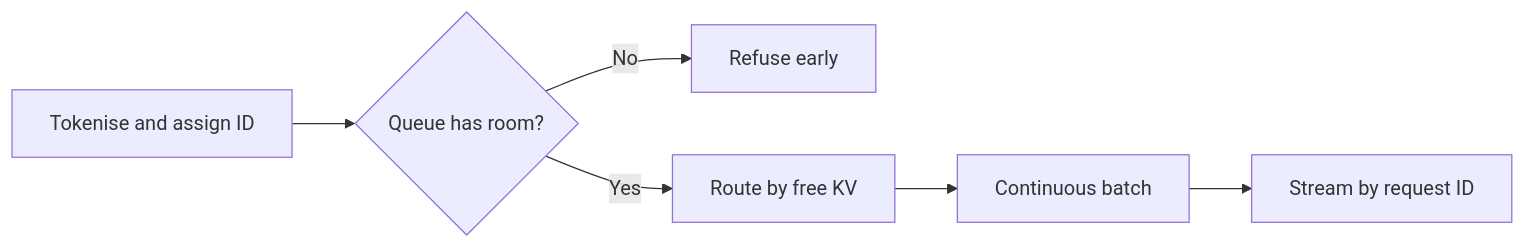
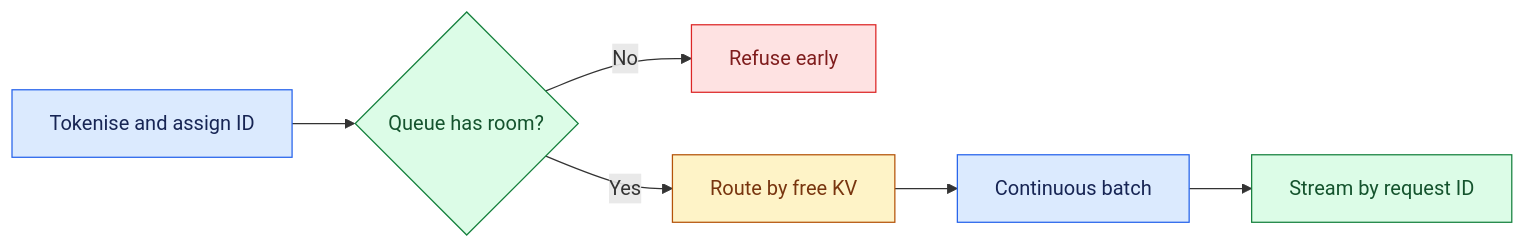
The diagram in site/content/modules/15-fde-case-studies/platforms-and-scale/llm-inference-serving/intro.md (Sourav692/Forward-Deployed-Engineer-Interview-Prep), drawn with Mermaid before and after one commit. The commit also changed other lines of this file and 1268 other files, not shown here.

First line of the commit message:
content: polish Casebook writing and Mermaid diagrams (#251)

````diff
--- a/site/content/modules/15-fde-case-studies/platforms-and-scale/llm-inference-serving/intro.md
+++ b/site/content/modules/15-fde-case-studies/platforms-and-scale/llm-inference-serving/intro.md
@@ -15,8 +20,18 @@
 ```mermaid
 flowchart LR
   A[Tokenise and assign ID] --> B{Queue has room?}
   B -->|No| C[Refuse early]
   B -->|Yes| D[Route by free KV]
   D --> E[Continuous batch]
   E --> F[Stream by request ID]
+
+    %% Casebook colours: entry, reasoning, results, controls, and stopped paths.
+    classDef cbInput fill:#dbeafe,stroke:#2563eb,color:#172554
+    class A,E cbInput
+    classDef cbAction fill:#dcfce7,stroke:#15803d,color:#14532d
+    class B,F cbAction
+    classDef cbStop fill:#fee2e2,stroke:#dc2626,color:#7f1d1d
+    class C cbStop
+    classDef cbPolicy fill:#fef3c7,stroke:#b45309,color:#78350f
+    class D cbPolicy
 ```
````
